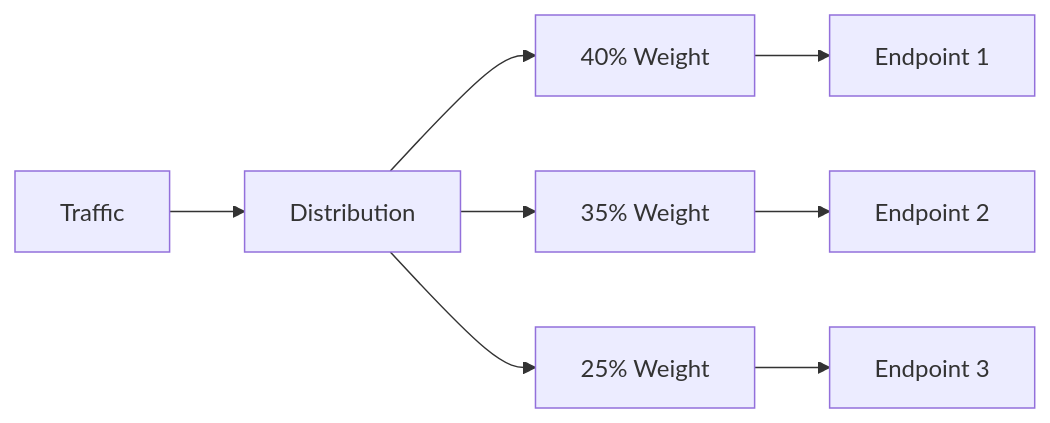
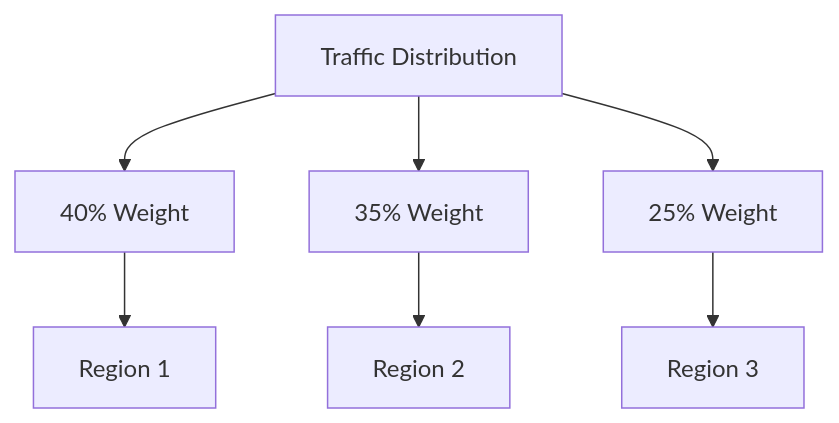
Before and after one commit to saravanakumarrc/Architecture_Journey: the fifth of 14 diagrams in src/azure/az-104/Traffic_Manager.md, drawn with Mermaid. The commit also changed other lines of this file and 6 other files, not shown here.

````diff
--- a/src/azure/az-104/Traffic_Manager.md
+++ b/src/azure/az-104/Traffic_Manager.md
@@ -75,11 +79,10 @@
 ```mermaid
-graph LR
-    A[Traffic] --> B[Distribution]
-    B --> C[40% Weight]
-    B --> D[35% Weight]
-    B --> E[25% Weight]
+graph TB
+    A[Traffic Distribution] --> B[40% Weight]
+    A --> C[35% Weight]
+    A --> D[25% Weight]
     
-    C --> F[Endpoint 1]
-    D --> G[Endpoint 2]
-    E --> H[Endpoint 3]
+    B --> E[Region 1]
+    C --> F[Region 2]
+    D --> G[Region 3]
 ```
````
